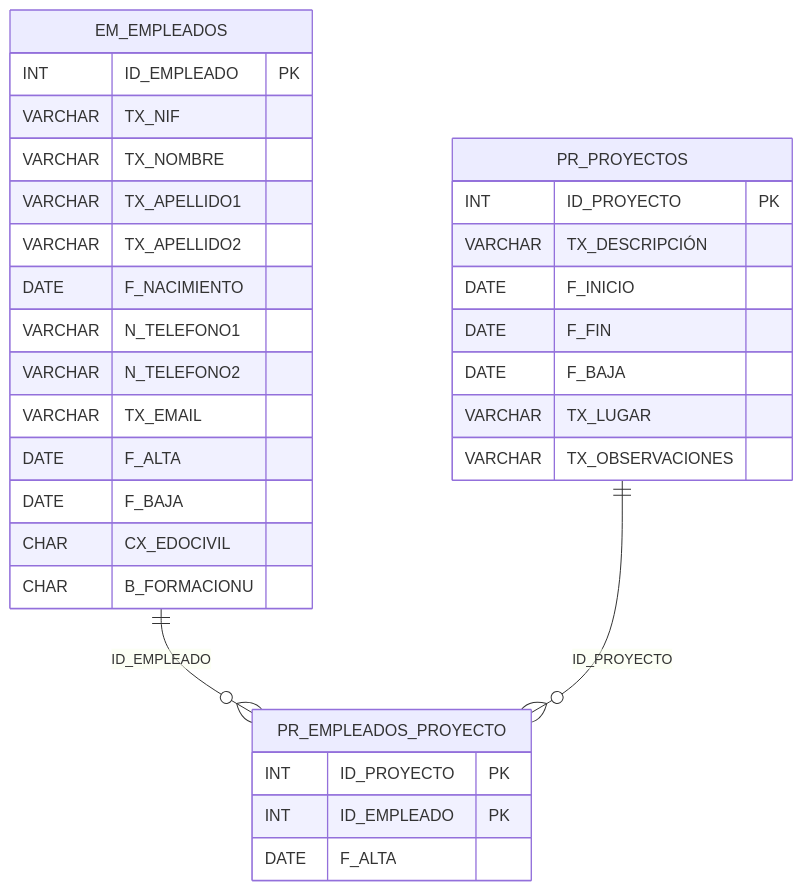
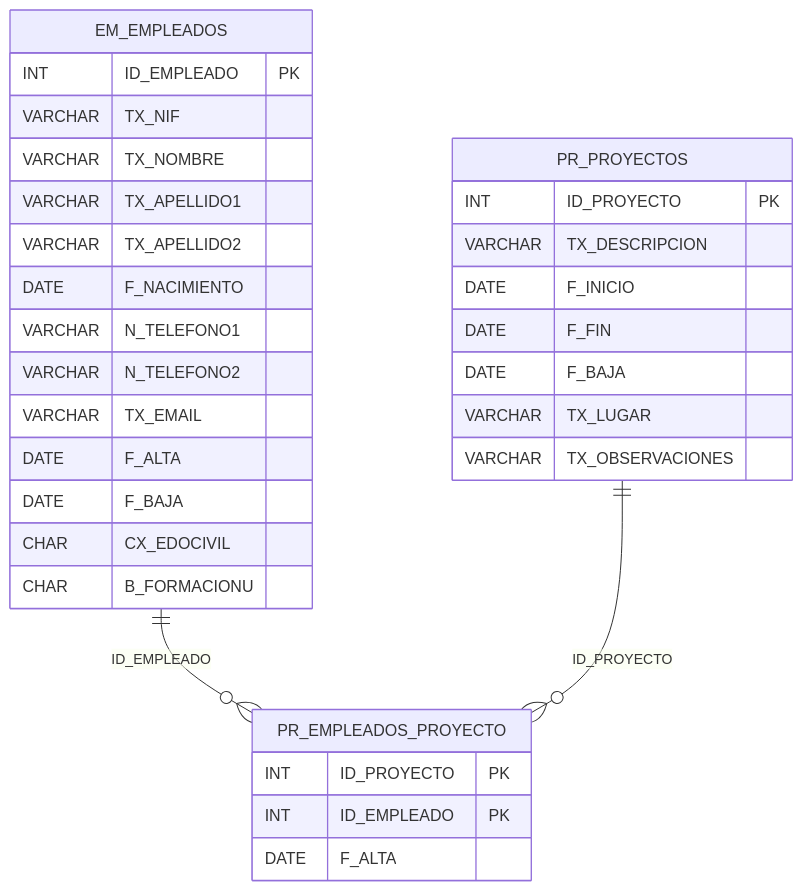
Before and after one commit to Adamkleo/project-management-app: the diagram in backend/README.md, drawn with Mermaid.

Commit message:
Docs: relational diagram

````diff
--- a/backend/README.md
+++ b/backend/README.md
@@ -27,38 +27,37 @@
 ```mermaid
 erDiagram
     EM_EMPLEADOS {
         INT ID_EMPLEADO PK
         VARCHAR TX_NIF
         VARCHAR TX_NOMBRE
         VARCHAR TX_APELLIDO1
         VARCHAR TX_APELLIDO2
         DATE F_NACIMIENTO
         VARCHAR N_TELEFONO1
         VARCHAR N_TELEFONO2
         VARCHAR TX_EMAIL
         DATE F_ALTA
         DATE F_BAJA
         CHAR CX_EDOCIVIL
         CHAR B_FORMACIONU
     }
 
     PR_PROYECTOS {
         INT ID_PROYECTO PK
-        VARCHAR TX_DESCRIPCIÓN
+        VARCHAR TX_DESCRIPCION
         DATE F_INICIO
         DATE F_FIN
         DATE F_BAJA
         VARCHAR TX_LUGAR
         VARCHAR TX_OBSERVACIONES
     }
 
     PR_EMPLEADOS_PROYECTO {
         INT ID_PROYECTO PK
         INT ID_EMPLEADO PK
         DATE F_ALTA
     }
 
     EM_EMPLEADOS ||--o{ PR_EMPLEADOS_PROYECTO : "ID_EMPLEADO"
     PR_PROYECTOS ||--o{ PR_EMPLEADOS_PROYECTO : "ID_PROYECTO"
-
 ```
````
